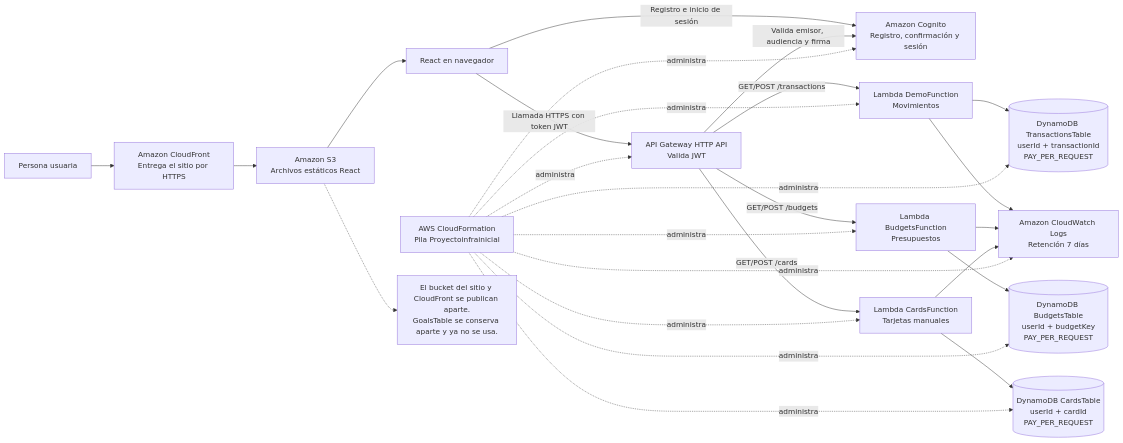
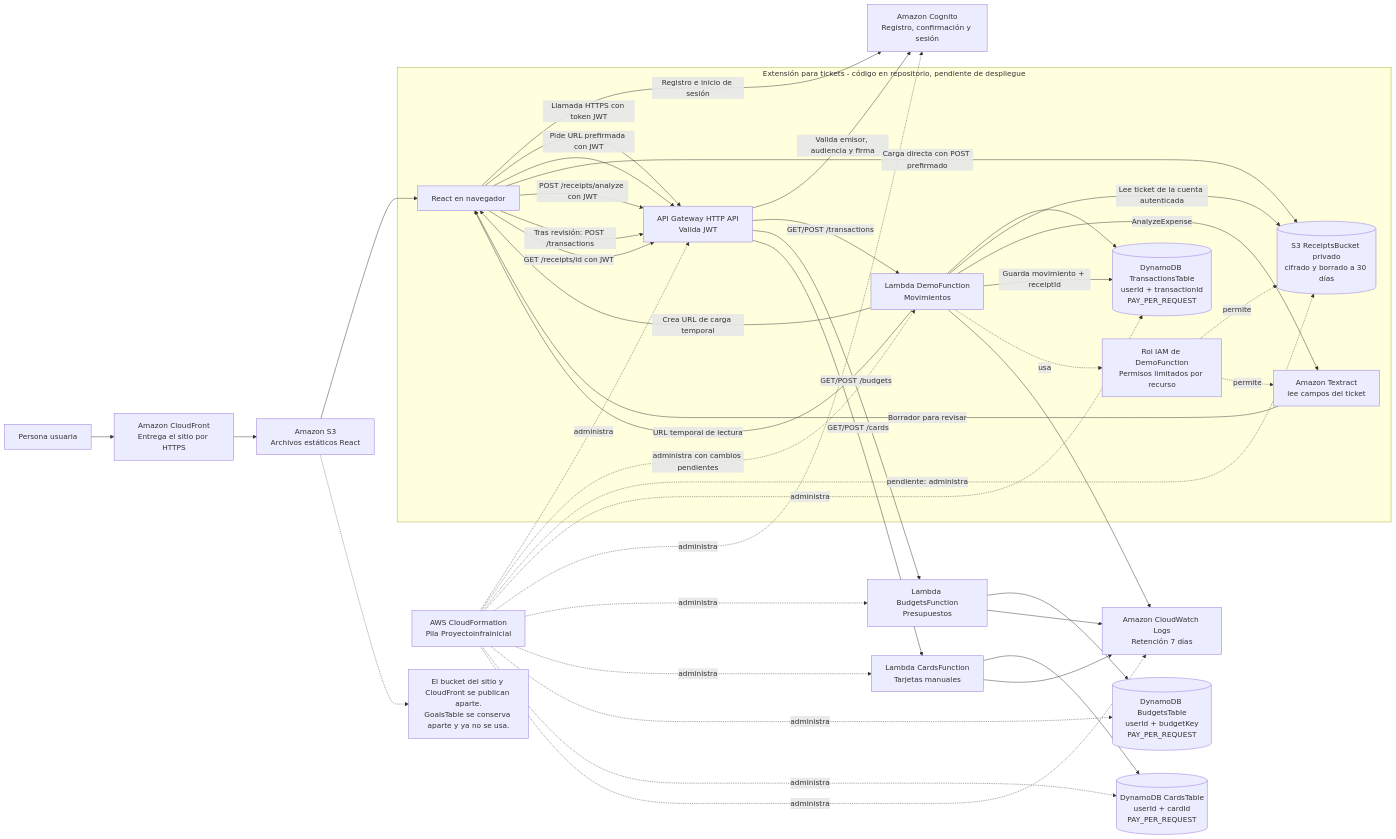
The diagram in Proyecto_Infra/architecture.mmd (Diegogamer23/InfreastructuraProyecto), drawn with Mermaid before and after one commit. The commit also changed 18 other files, not shown here.

Commit message:
Add receipt capture and expense extraction flow

```diff
--- a/Proyecto_Infra/architecture.mmd
+++ b/Proyecto_Infra/architecture.mmd
@@ -1,38 +1,57 @@
 flowchart LR
     User[Persona usuaria]
     CDN[Amazon CloudFront<br/>Entrega el sitio por HTTPS]
     Site[Amazon S3<br/>Archivos estáticos React]
     Browser[React en navegador]
     Cognito[Amazon Cognito<br/>Registro, confirmación y sesión]
     API[API Gateway HTTP API<br/>Valida JWT]
 
     User --> CDN --> Site --> Browser
     Browser -->|Registro e inicio de sesión| Cognito
     Browser -->|Llamada HTTPS con token JWT| API
     API -->|Valida emisor, audiencia y firma| Cognito
 
     API -->|GET/POST /transactions| Tx[Lambda DemoFunction<br/>Movimientos]
     API -->|GET/POST /budgets| Budget[Lambda BudgetsFunction<br/>Presupuestos]
     API -->|GET/POST /cards| Cards[Lambda CardsFunction<br/>Tarjetas manuales]
 
     Tx --> TxTable[(DynamoDB TransactionsTable<br/>userId + transactionId<br/>PAY_PER_REQUEST)]
     Budget --> BudgetTable[(DynamoDB BudgetsTable<br/>userId + budgetKey<br/>PAY_PER_REQUEST)]
     Cards --> CardsTable[(DynamoDB CardsTable<br/>userId + cardId<br/>PAY_PER_REQUEST)]
 
+    subgraph ReceiptExtension[Extensión para tickets - código en repositorio, pendiente de despliegue]
+        Browser -->|Pide URL prefirmada con JWT| API
+        Tx -->|Crea URL de carga temporal| Browser
+        Browser -->|Carga directa con POST prefirmado| ReceiptsBucket[(S3 ReceiptsBucket privado<br/>cifrado y borrado a 30 días)]
+        Browser -->|POST /receipts/analyze con JWT| API
+        Tx -->|Lee ticket de la cuenta autenticada| ReceiptsBucket
+        Tx -->|AnalyzeExpense| Textract[Amazon Textract<br/>lee campos del ticket]
+        Textract -->|Borrador para revisar| Browser
+        Browser -->|Tras revisión: POST /transactions| API
+        Tx -->|Guarda movimiento + receiptId| TxTable
+        Browser -->|GET /receipts/id con JWT| API
+        Tx -->|URL temporal de lectura| Browser
+        IAM[Rol IAM de DemoFunction<br/>Permisos limitados por recurso]
+        Tx -. usa .-> IAM
+        IAM -. permite .-> ReceiptsBucket
+        IAM -. permite .-> Textract
+    end
+
     Tx --> Logs[Amazon CloudWatch Logs<br/>Retención 7 días]
     Budget --> Logs
     Cards --> Logs
 
     Stack[AWS CloudFormation<br/>Pila Proyectoinfrainicial]
     Stack -. administra .-> API
     Stack -. administra .-> Cognito
-    Stack -. administra .-> Tx
+    Stack -. administra con cambios pendientes .-> Tx
     Stack -. administra .-> Budget
     Stack -. administra .-> Cards
+    Stack -. pendiente: administra .-> ReceiptsBucket
     Stack -. administra .-> TxTable
     Stack -. administra .-> BudgetTable
     Stack -. administra .-> CardsTable
     Stack -. administra .-> Logs
 
     HostingNote[El bucket del sitio y CloudFront se publican aparte.<br/>GoalsTable se conserva aparte y ya no se usa.]
     Site -.-> HostingNote
```
